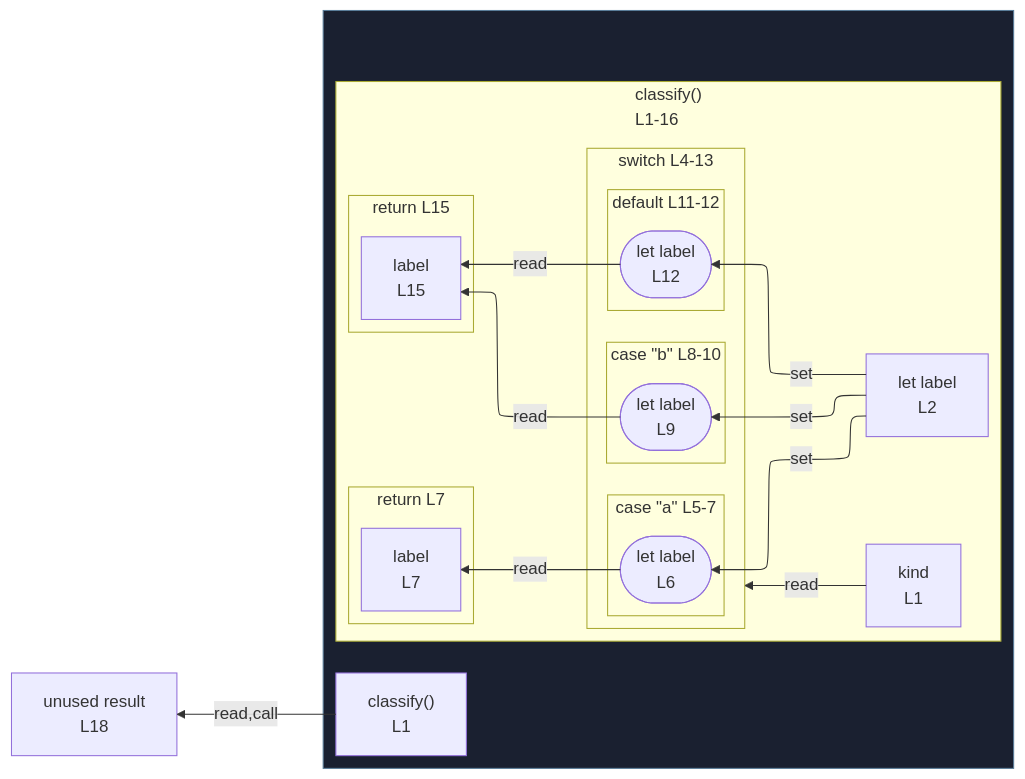
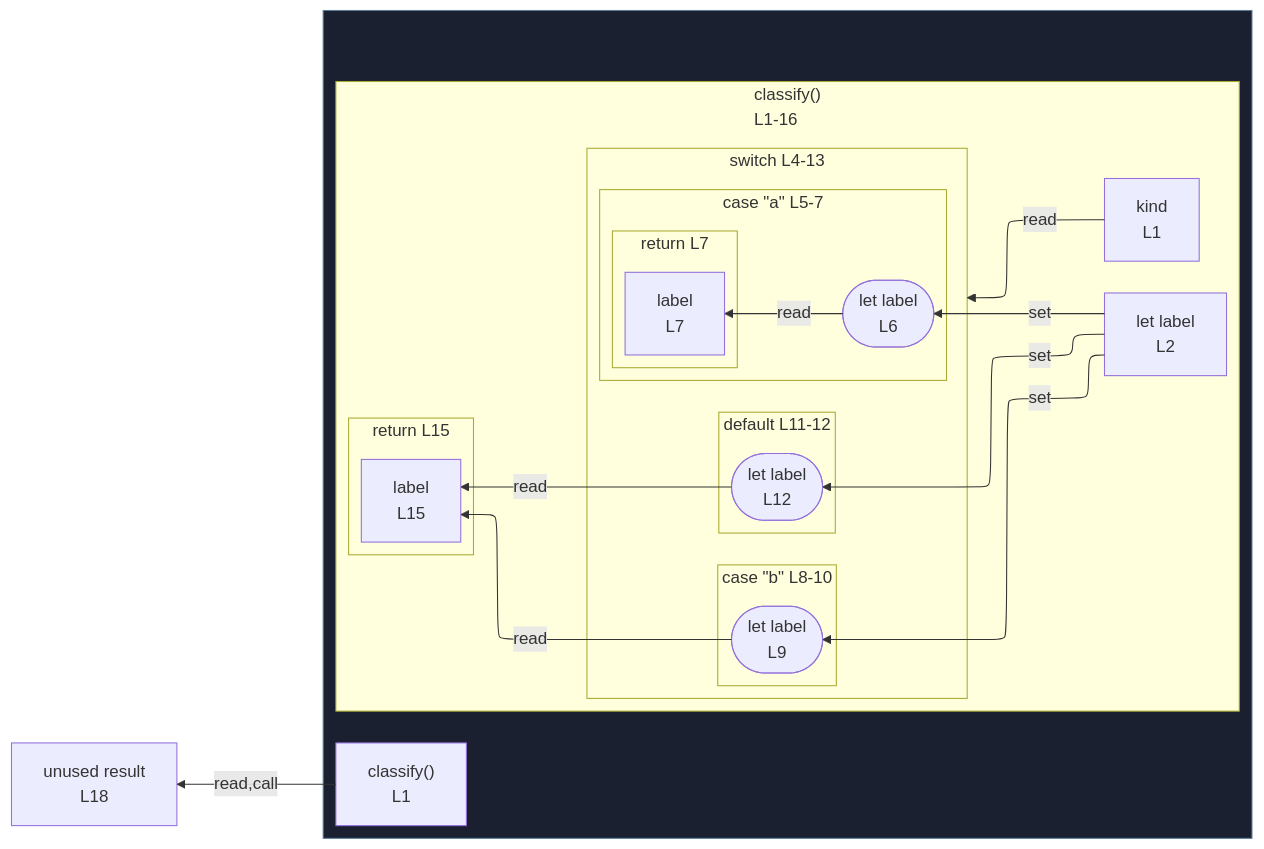
Before and after one commit to crescware/unsnarl: the diagram in integration/fixtures/control-switch-return/preview.md, drawn with Mermaid. The commit also changed 10 other files, not shown here.

````diff
--- a/integration/fixtures/control-switch-return/preview.md
+++ b/integration/fixtures/control-switch-return/preview.md
@@ -28,47 +28,47 @@
 ```mermaid
 %%{init: {"flowchart": {"defaultRenderer": "elk"}}}%%
 flowchart RL
   n_scope_0_result_243["unused result<br/>L18"]
   subgraph wrap_s_scope_1[" "]
     direction TB
     n_scope_0_classify_9["classify()<br/>L1"]
     subgraph s_scope_1["classify()<br/>L1-16"]
       direction RL
       n_scope_1_kind_18["kind<br/>L1"]
       n_scope_1_label_40["let label<br/>L2"]
       subgraph s_scope_2["switch L4-13"]
         direction RL
         subgraph s_scope_3["case &quot;a&quot; L5-7"]
           direction RL
           wr_ref_1(["let label<br/>L6"])
+          subgraph s_return_scope_0_classify_9_114_127["return L7"]
+            direction RL
+            ret_use_ref_2["label<br/>L7"]
+          end
         end
         subgraph s_scope_4["case &quot;b&quot; L8-10"]
           direction RL
           wr_ref_3(["let label<br/>L9"])
         end
         subgraph s_scope_5["default L11-12"]
           direction RL
           wr_ref_4(["let label<br/>L12"])
         end
-      end
-      subgraph s_return_scope_0_classify_9_114_127["return L7"]
-        direction RL
-        ret_use_ref_2["label<br/>L7"]
       end
       subgraph s_return_scope_0_classify_9_220_233["return L15"]
         direction RL
         ret_use_ref_5["label<br/>L15"]
       end
     end
   end
   n_scope_1_label_40 -->|set| wr_ref_1
   n_scope_1_label_40 -->|set| wr_ref_3
   n_scope_1_label_40 -->|set| wr_ref_4
   n_scope_1_kind_18 -->|read| s_scope_2
   wr_ref_1 -->|read| ret_use_ref_2
   wr_ref_3 -->|read| ret_use_ref_5
   wr_ref_4 -->|read| ret_use_ref_5
   n_scope_0_classify_9 -->|read,call| n_scope_0_result_243
   classDef fnWrap fill:#1a2030,stroke:#5a7d99;
   class wrap_s_scope_1 fnWrap;
 ```
````
